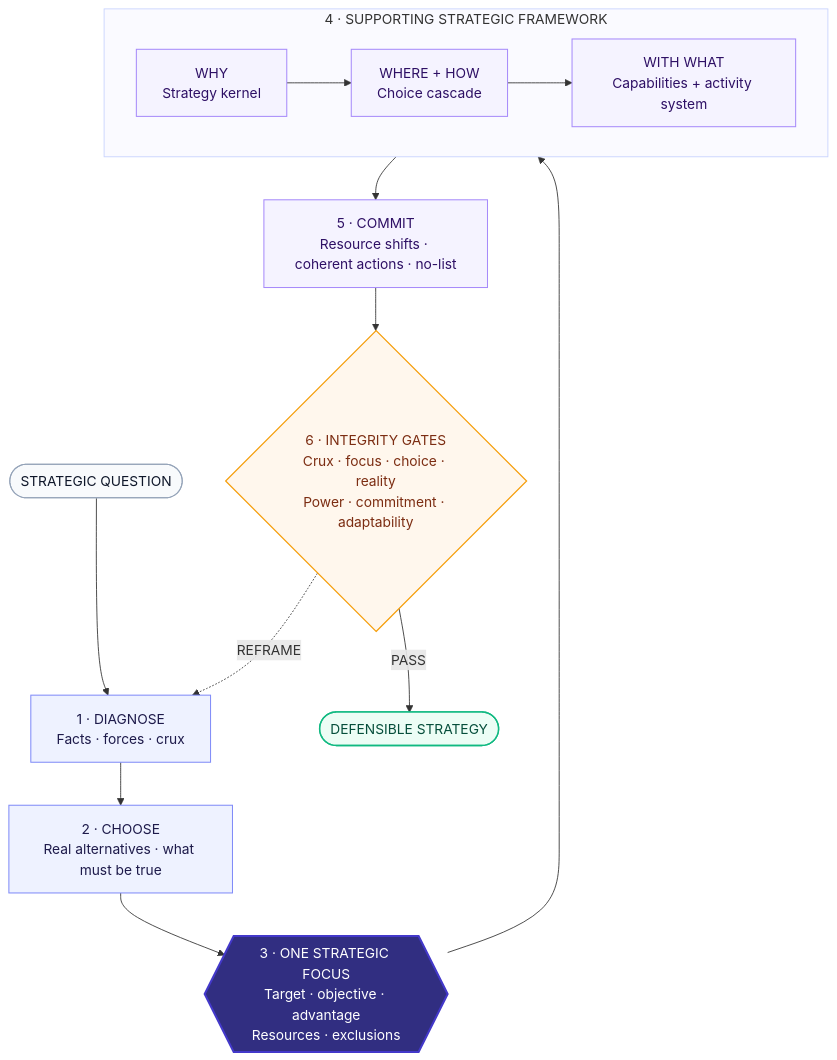
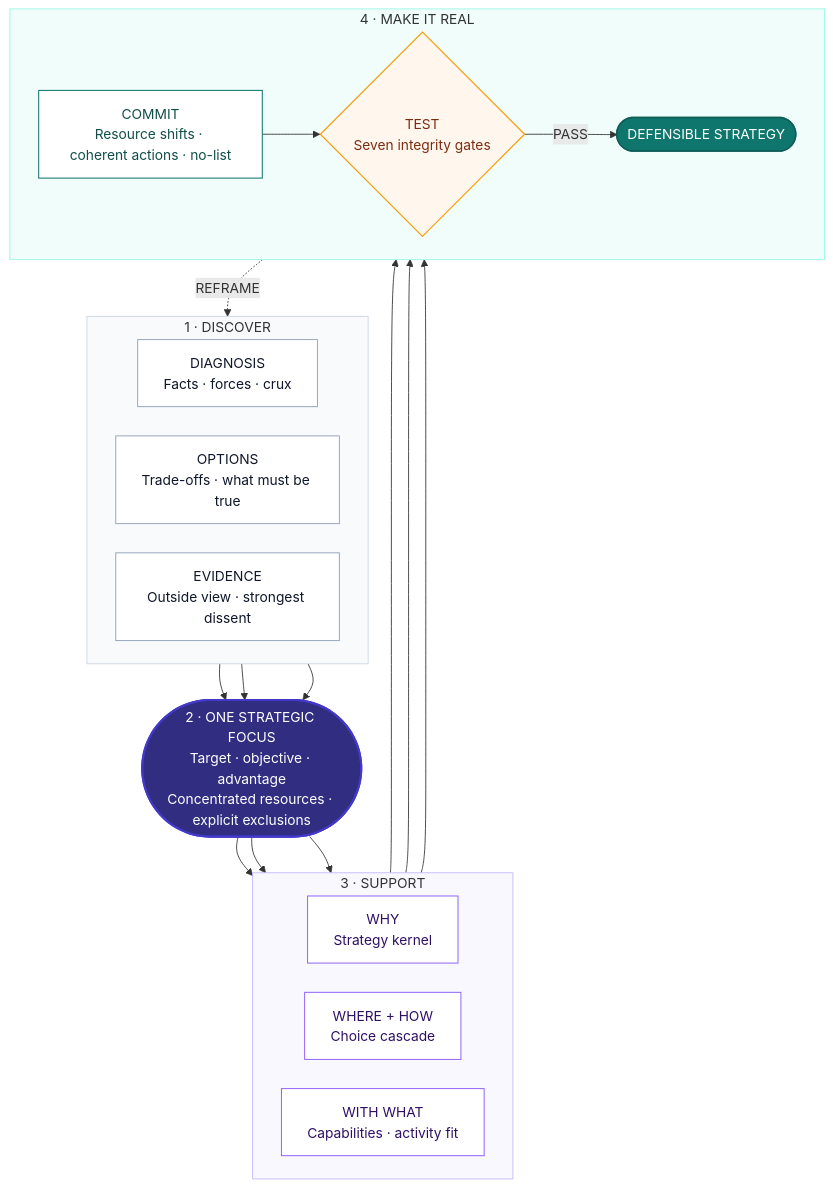
One commit to ZepinLi/formulate-strategy changed the diagram in README.md. Above: the diagram before and after it, drawn with Mermaid.

Commit message:
Refine strategy framework diagram

````diff
--- a/README.md
+++ b/README.md
@@ -7,32 +7,58 @@
 ```mermaid
+%%{init: {"flowchart": {"curve": "basis", "nodeSpacing": 34, "rankSpacing": 42}}}%%
 flowchart TB
-    Q(["STRATEGIC QUESTION"]) --> D["1 · DIAGNOSE<br/>Facts · forces · crux"]
-    D --> A["2 · CHOOSE<br/>Real alternatives · what must be true"]
-    A --> F{{"3 · ONE STRATEGIC FOCUS<br/>Target · objective · advantage<br/>Resources · exclusions"}}
+    subgraph DISCOVER["1 · DISCOVER"]
+        direction LR
+        D["DIAGNOSIS<br/>Facts · forces · crux"]
+        O["OPTIONS<br/>Trade-offs · what must be true"]
+        E["EVIDENCE<br/>Outside view · strongest dissent"]
+    end
+
+    D --> F
+    O --> F
+    E --> F
+
+    F(["2 · ONE STRATEGIC FOCUS<br/>Target · objective · advantage<br/>Concentrated resources · explicit exclusions"])
 
     F --> K
-    subgraph FRAME["4 · SUPPORTING STRATEGIC FRAMEWORK"]
+    F --> W
+    F --> P
+
+    subgraph SUPPORT["3 · SUPPORT"]
         direction LR
-        K["WHY<br/>Strategy kernel"] --> W["WHERE + HOW<br/>Choice cascade"]
-        W --> P["WITH WHAT<br/>Capabilities + activity system"]
+        K["WHY<br/>Strategy kernel"]
+        W["WHERE + HOW<br/>Choice cascade"]
+        P["WITH WHAT<br/>Capabilities · activity fit"]
     end
 
-    P --> R["5 · COMMIT<br/>Resource shifts · coherent actions · no-list"]
-    R --> G{"6 · INTEGRITY GATES<br/>Crux · focus · choice · reality<br/>Power · commitment · adaptability"}
-    G -- "PASS" --> S(["DEFENSIBLE STRATEGY"])
+    K --> C
+    W --> C
+    P --> C
+
+    subgraph REAL["4 · MAKE IT REAL"]
+        direction LR
+        C["COMMIT<br/>Resource shifts · coherent actions · no-list"]
+        G{"TEST<br/>Seven integrity gates"}
+        S(["DEFENSIBLE STRATEGY"])
+        C --> G
+        G -- "PASS" --> S
+    end
+
     G -. "REFRAME" .-> D
 
-    classDef origin fill:#F8FAFC,stroke:#94A3B8,color:#0F172A,stroke-width:1.2px;
-    classDef process fill:#EEF2FF,stroke:#818CF8,color:#1E1B4B,stroke-width:1.2px;
+    classDef card fill:#FFFFFF,stroke:#94A3B8,color:#0F172A,stroke-width:1.1px;
     classDef focus fill:#312E81,stroke:#4338CA,color:#FFFFFF,stroke-width:2.4px;
-    classDef support fill:#F5F3FF,stroke:#A78BFA,color:#2E1065,stroke-width:1.2px;
+    classDef support fill:#FFFFFF,stroke:#8B5CF6,color:#2E1065,stroke-width:1.1px;
+    classDef commit fill:#FFFFFF,stroke:#0F766E,color:#134E4A,stroke-width:1.2px;
     classDef gate fill:#FFF7ED,stroke:#F59E0B,color:#7C2D12,stroke-width:1.4px;
-    classDef result fill:#ECFDF5,stroke:#10B981,color:#064E3B,stroke-width:1.6px;
-    class Q origin;
-    class D,A process;
+    classDef result fill:#0F766E,stroke:#115E59,color:#FFFFFF,stroke-width:1.8px;
+    class D,O,E card;
     class F focus;
-    class K,W,P,R support;
+    class K,W,P support;
+    class C commit;
     class G gate;
     class S result;
-    style FRAME fill:#FAFAFF,stroke:#C7D2FE,stroke-width:1px
+    style DISCOVER fill:#F8FAFC,stroke:#CBD5E1,stroke-width:1px
+    style SUPPORT fill:#FAF8FF,stroke:#C4B5FD,stroke-width:1px
+    style REAL fill:#F0FDFA,stroke:#99F6E4,stroke-width:1px
 ```
````
